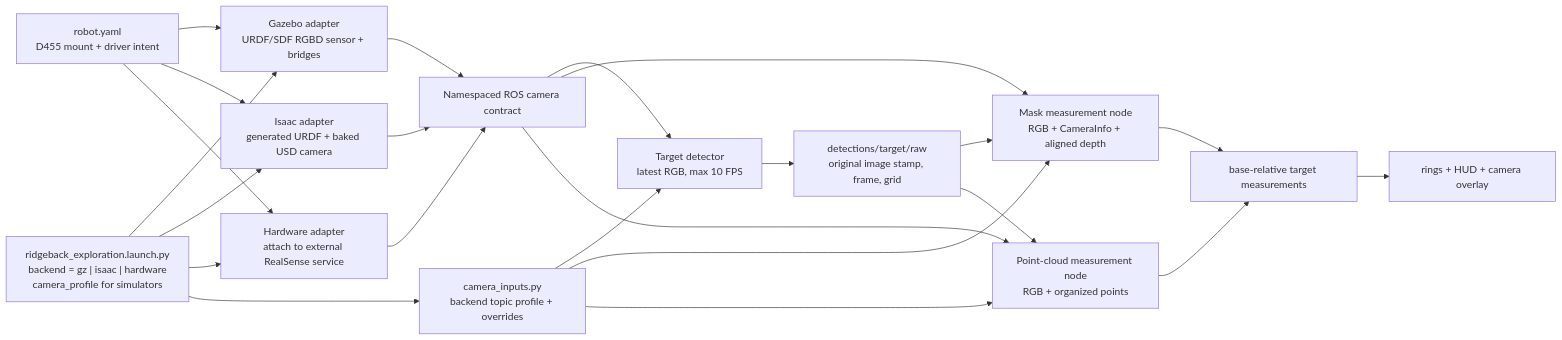
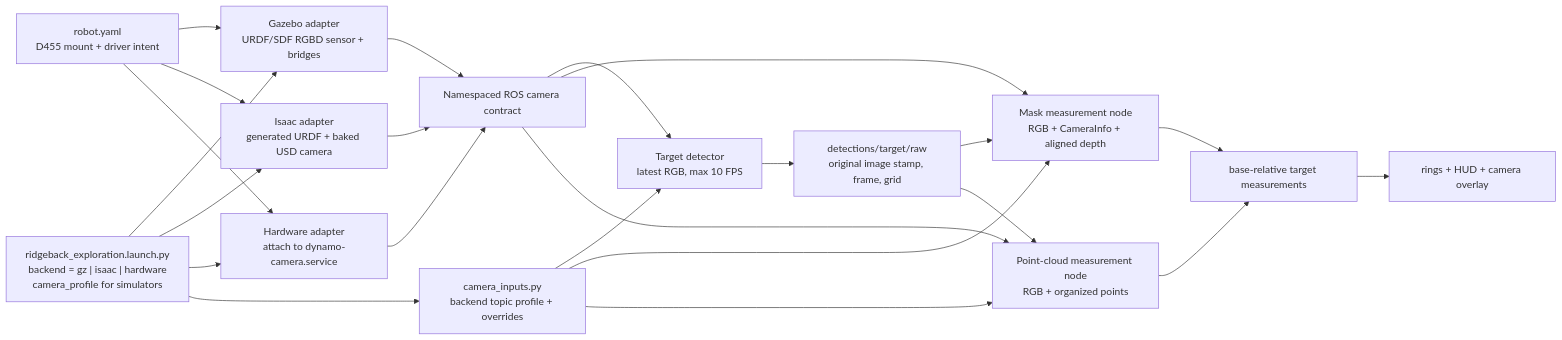
The diagram in docs/target_localization/camera_stack.md (Cognitive-Software-Labs/DyNAMO-Ridgeback), drawn with Mermaid before and after one commit. The commit also changed other lines of this file and 10 other files, not shown here.

First line of the commit message:
docs(physical): document the camera service and robot-local re-apply order

````diff
--- a/docs/target_localization/camera_stack.md
+++ b/docs/target_localization/camera_stack.md
@@ -114,29 +121,29 @@
 ```mermaid
 flowchart LR
     YAML["robot.yaml<br/>D455 mount + driver intent"]
     SELECT["ridgeback_exploration.launch.py<br/>backend = gz | isaac | hardware<br/>camera_profile for simulators"]
     CONTRACT["camera_inputs.py<br/>backend topic profile + overrides"]
 
     YAML --> GZ["Gazebo adapter<br/>URDF/SDF RGBD sensor + bridges"]
     YAML --> ISAAC["Isaac adapter<br/>generated URDF + baked USD camera"]
-    YAML --> HW["Hardware adapter<br/>attach to external RealSense service"]
+    YAML --> HW["Hardware adapter<br/>attach to dynamo-camera.service"]
     SELECT --> GZ
     SELECT --> ISAAC
     SELECT --> HW
     SELECT --> CONTRACT
     GZ --> ROS["Namespaced ROS camera contract"]
     ISAAC --> ROS
     HW --> ROS
     CONTRACT --> DET["Target detector<br/>latest RGB, max 10 FPS"]
     CONTRACT --> MASK["Mask measurement node<br/>RGB + CameraInfo + aligned depth"]
     CONTRACT --> PCL["Point-cloud measurement node<br/>RGB + organized points"]
     ROS --> DET
     ROS --> MASK
     ROS --> PCL
     DET --> D["detections/target/raw<br/>original image stamp, frame, grid"]
     D --> MASK
     D --> PCL
     MASK --> M["base-relative target measurements"]
     PCL --> M
     M --> VIZ["rings + HUD + camera overlay"]
 ```
````
